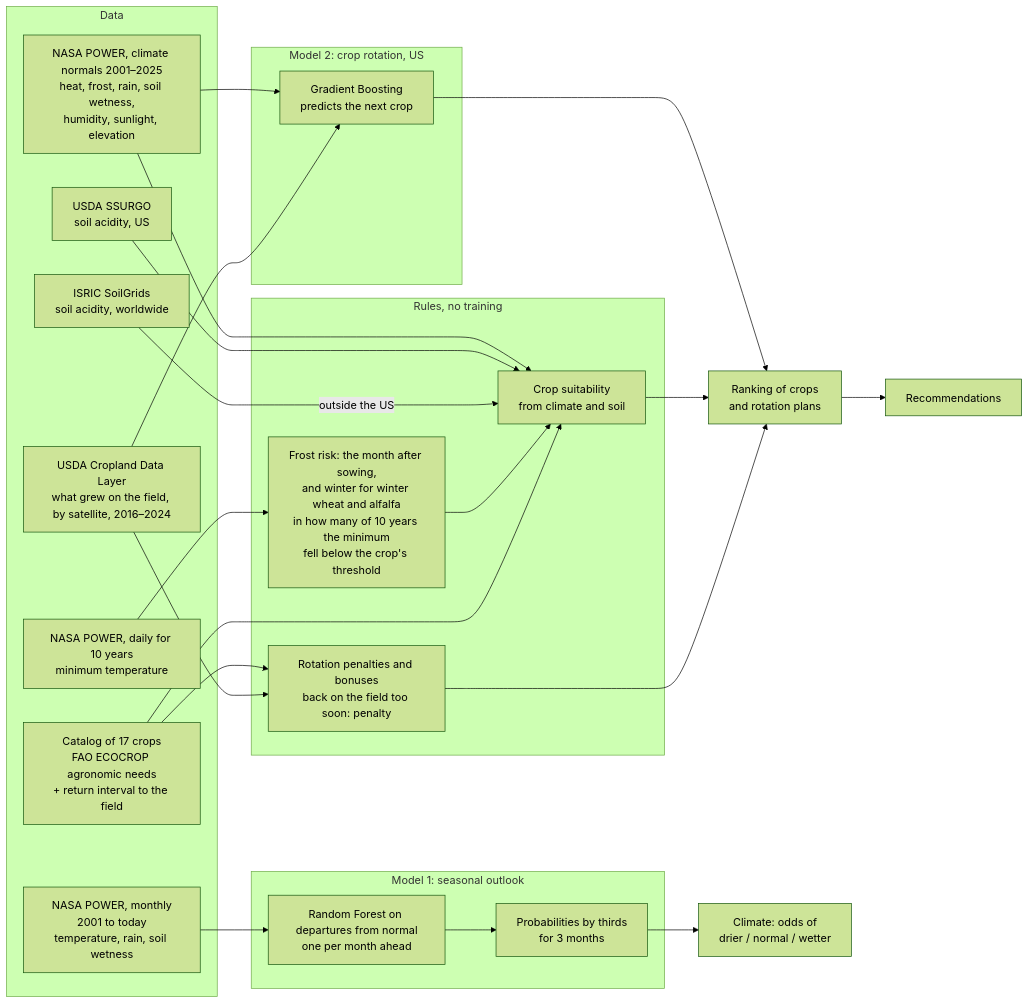
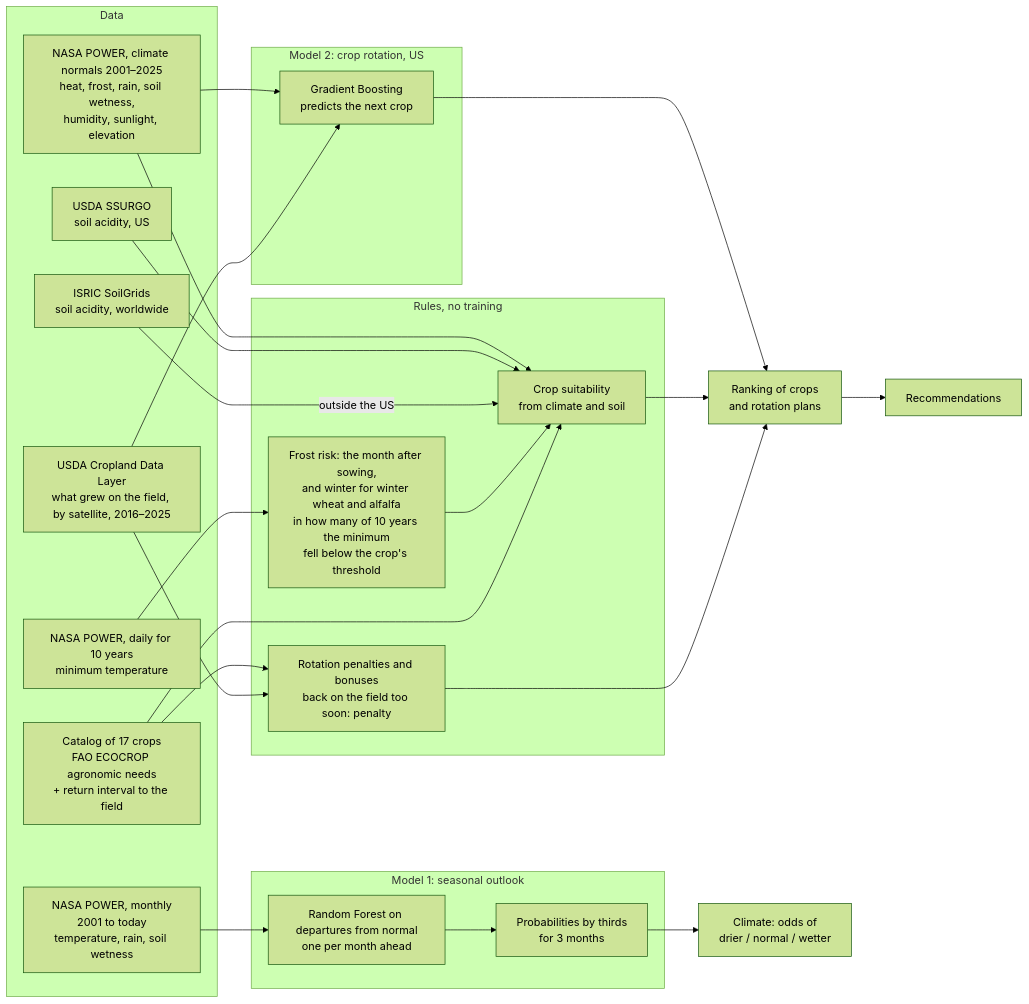
One commit to hishpania/NASASA changed the diagram in docs/diagrams/en/1-ml-overview.mmd. Above: the diagram before and after it, drawn with Mermaid (forest theme). The commit also changed 4 other files, not shown here.

```diff
--- a/docs/diagrams/en/1-ml-overview.mmd
+++ b/docs/diagrams/en/1-ml-overview.mmd
@@ -1,42 +1,42 @@
 flowchart LR
   subgraph DATA["Data"]
     PM["NASA POWER, monthly<br/>2001 to today<br/>temperature, rain, soil wetness"]
     PC["NASA POWER, climate normals 2001–2025<br/>heat, frost, rain, soil wetness,<br/>humidity, sunlight, elevation"]
-    CDL["USDA Cropland Data Layer<br/>what grew on the field, by satellite, 2016–2024"]
+    CDL["USDA Cropland Data Layer<br/>what grew on the field, by satellite, 2016–2025"]
     PD["NASA POWER, daily for 10 years<br/>minimum temperature"]
     SOIL["USDA SSURGO<br/>soil acidity, US"]
     SG["ISRIC SoilGrids<br/>soil acidity, worldwide"]
     ECO["Catalog of 17 crops<br/>FAO ECOCROP agronomic needs<br/>+ return interval to the field"]
   end
 
   subgraph M1["Model 1: seasonal outlook"]
     RF["Random Forest on departures from normal<br/>one per month ahead"]
     TER["Probabilities by thirds<br/>for 3 months"]
   end
 
   subgraph M2["Model 2: crop rotation, US"]
     HGB["Gradient Boosting<br/>predicts the next crop"]
   end
 
   subgraph R["Rules, no training"]
     SUIT["Crop suitability<br/>from climate and soil"]
     FROST["Frost risk: the month after sowing,<br/>and winter for winter wheat and alfalfa<br/>in how many of 10 years the minimum<br/>fell below the crop's threshold"]
     ROT["Rotation penalties and bonuses<br/>back on the field too soon: penalty"]
   end
 
   SCORE["Ranking of crops<br/>and rotation plans"]
 
   PM --> RF --> TER --> OUT1["Climate: odds of<br/>drier / normal / wetter"]
   PC --> HGB
   CDL --> HGB
   PC --> SUIT
   SOIL --> SUIT
   SG -->|outside the US| SUIT
   PD --> FROST --> SUIT
   ECO --> SUIT
   ECO --> ROT
   CDL --> ROT
   HGB --> SCORE
   SUIT --> SCORE
   ROT --> SCORE
   SCORE --> OUT2["Recommendations"]
```
